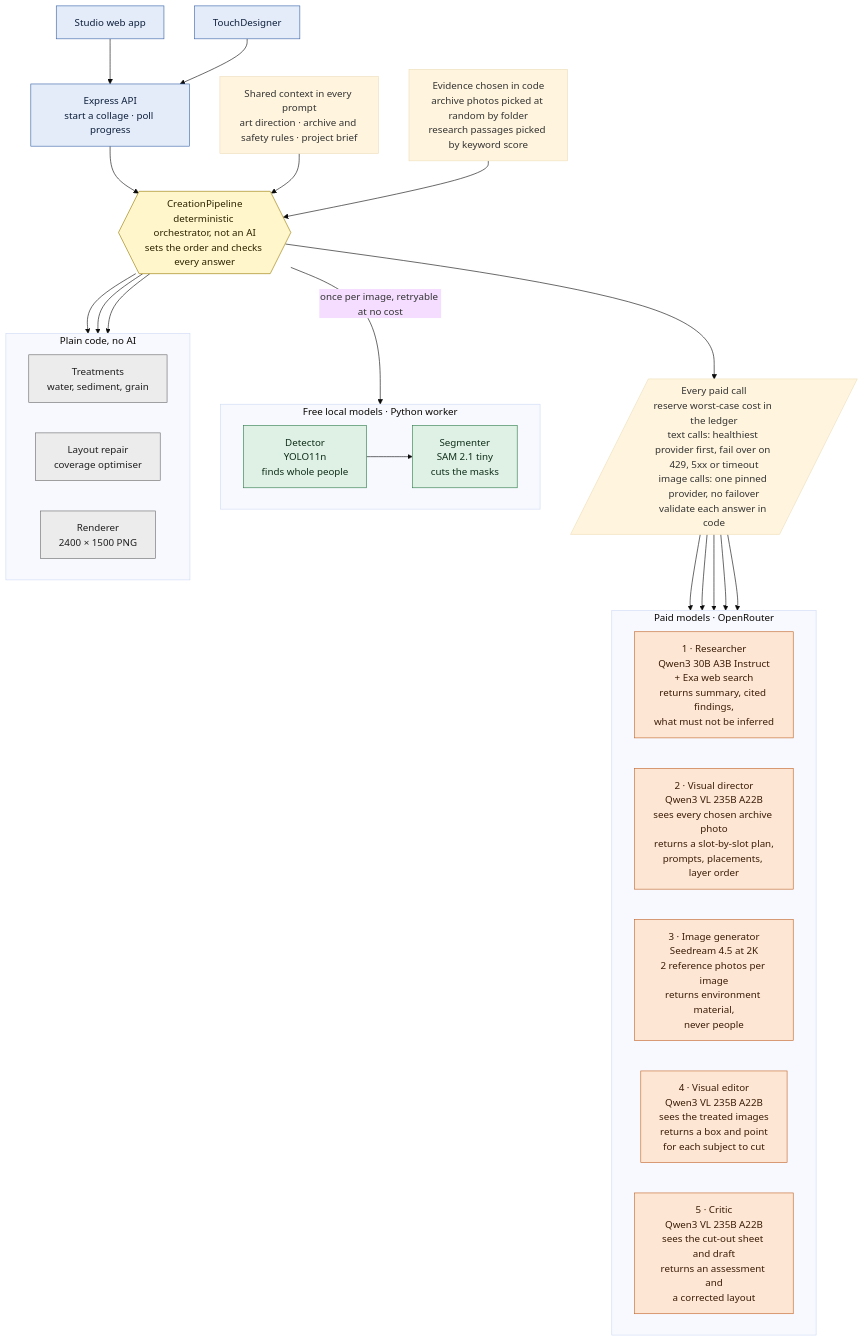
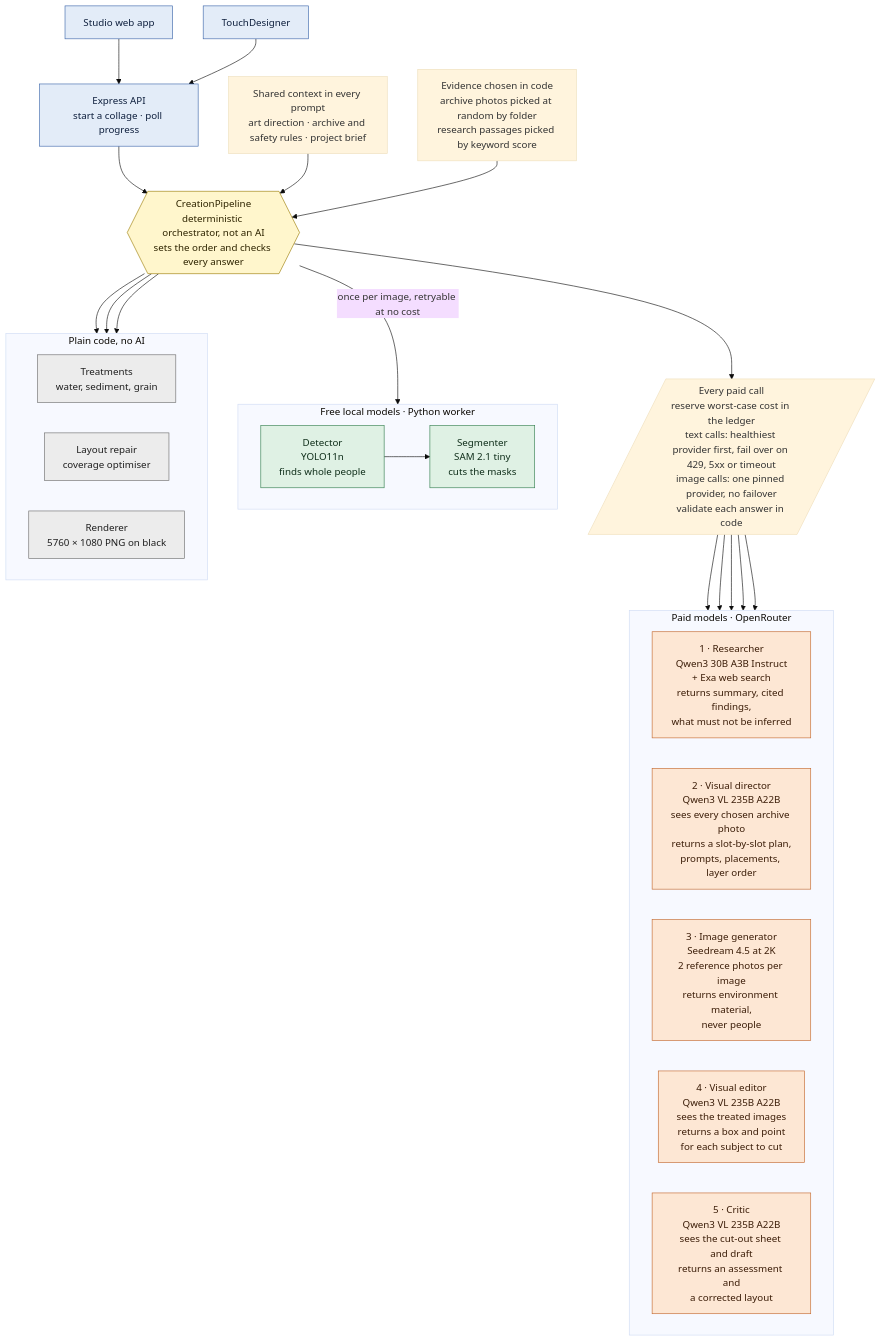
The first of 2 diagrams in architecture.md (christegho/kuchema), drawn with Mermaid (base theme) before and after one commit. The commit also changed other lines of this file and 28 other files, not shown here.

````diff
--- a/architecture.md
+++ b/architecture.md
@@ -9,45 +9,45 @@
 ```mermaid
 flowchart TB
   classDef paid fill:#fde7d4,stroke:#c2652a,color:#3b1d08
   classDef local fill:#dff1e4,stroke:#2f7d4a,color:#0f2e1a
   classDef code fill:#ececec,stroke:#6b6b6b,color:#1f1f1f
   classDef io fill:#e3ecf8,stroke:#3a64a8,color:#0e1f3d
   classDef hub fill:#fff6cc,stroke:#9a7b00,color:#2e2400
 
   UI["Studio web app"]:::io --> API
   TD["TouchDesigner"]:::io --> API
   API["Express API<br/>start a collage · poll progress"]:::io --> ORCH
 
   CTX["Shared context in every prompt<br/>art direction · archive and safety rules · project brief"] --> ORCH
   EVD["Evidence chosen in code<br/>archive photos picked at random by folder<br/>research passages picked by keyword score"] --> ORCH
 
   ORCH{{"CreationPipeline<br/>deterministic orchestrator, not an AI<br/>sets the order and checks every answer"}}:::hub
 
   ORCH --> GATE[/"Every paid call<br/>reserve worst-case cost in the ledger<br/>text calls: healthiest provider first, fail over on 429, 5xx or timeout<br/>image calls: one pinned provider, no failover<br/>validate each answer in code"/]
 
   subgraph PAID["Paid models · OpenRouter"]
     direction LR
     A1["1 · Researcher<br/>Qwen3 30B A3B Instruct<br/>+ Exa web search<br/>returns summary, cited findings,<br/>what must not be inferred"]:::paid
     A2["2 · Visual director<br/>Qwen3 VL 235B A22B<br/>sees every chosen archive photo<br/>returns a slot-by-slot plan,<br/>prompts, placements, layer order"]:::paid
     A3["3 · Image generator<br/>Seedream 4.5 at 2K<br/>2 reference photos per image<br/>returns environment material,<br/>never people"]:::paid
     A4["4 · Visual editor<br/>Qwen3 VL 235B A22B<br/>sees the treated images<br/>returns a box and point<br/>for each subject to cut"]:::paid
     A5["5 · Critic<br/>Qwen3 VL 235B A22B<br/>sees the cut-out sheet and draft<br/>returns an assessment and<br/>a corrected layout"]:::paid
   end
 
   GATE --> A1 & A2 & A3 & A4 & A5
 
   subgraph FREE["Free local models · Python worker"]
     direction LR
     Y["Detector<br/>YOLO11n<br/>finds whole people"]:::local --> S["Segmenter<br/>SAM 2.1 tiny<br/>cuts the masks"]:::local
   end
 
   subgraph CODE["Plain code, no AI"]
     direction LR
     TR["Treatments<br/>water, sediment, grain"]:::code
     FIT["Layout repair<br/>coverage optimiser"]:::code
-    REN["Renderer<br/>2400 × 1500 PNG"]:::code
+    REN["Renderer<br/>5760 × 1080 PNG on black"]:::code
   end
 
   ORCH -->|"once per image, retryable at no cost"| Y
   ORCH --> TR & FIT & REN
 ```
````
